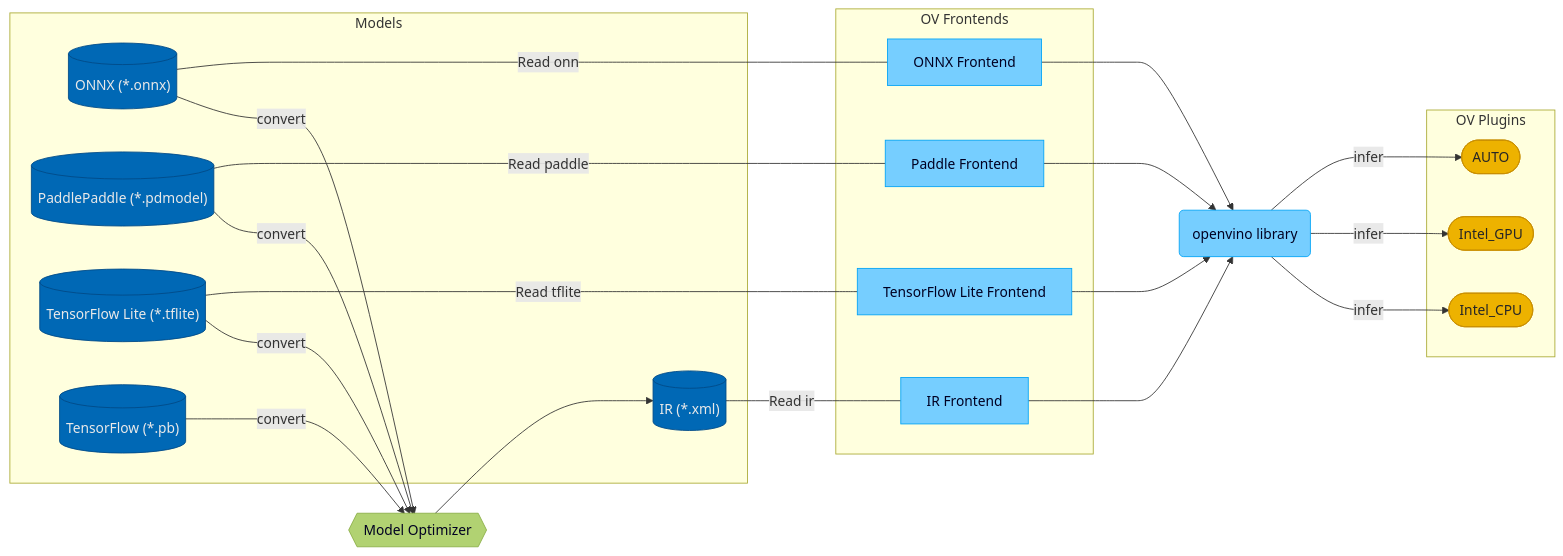
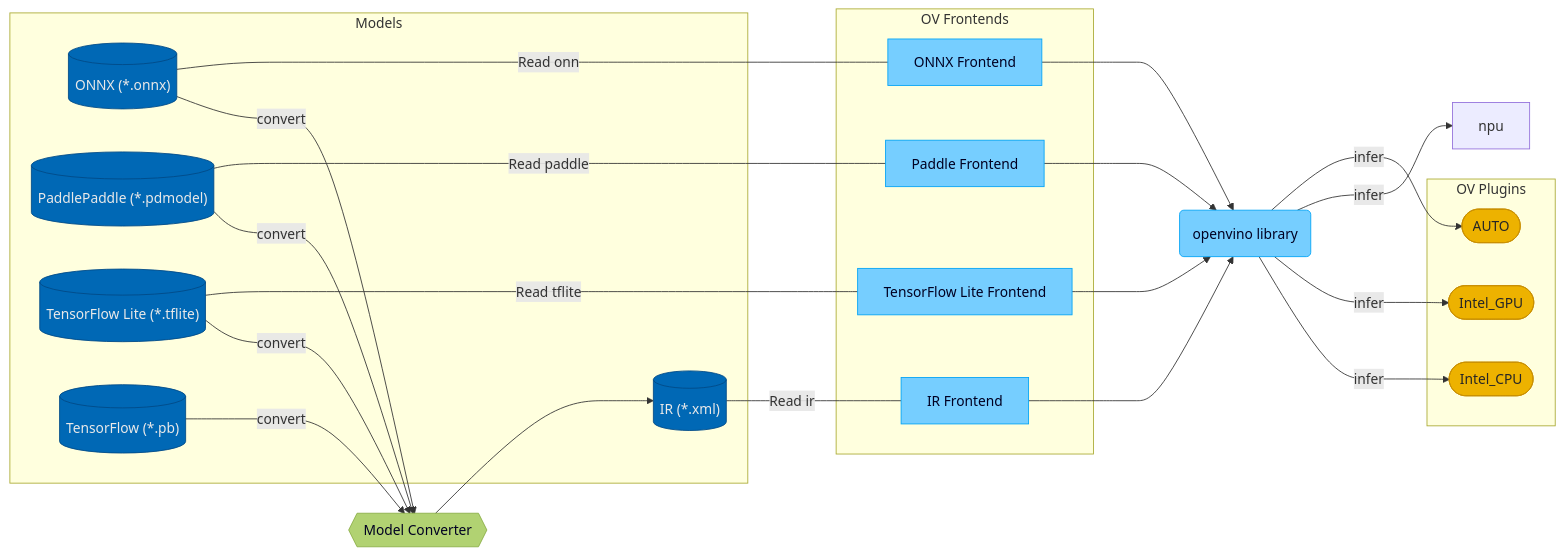
The diagram in docs/dev/index.md (openvinotoolkit/openvino), drawn with Mermaid before and after one commit. The commit also changed other lines of this file and 3 other files, not shown here.

````diff
--- a/docs/dev/index.md
+++ b/docs/dev/index.md
@@ -7,55 +7,56 @@
 ```mermaid
 flowchart LR
     subgraph models [Models]
         ir[("IR (*.xml)")]
         onnx[("ONNX (*.onnx)")]
         paddle[("PaddlePaddle (*.pdmodel)")]
         tflite[("TensorFlow Lite (*.tflite)")]
         tf[("TensorFlow (*.pb)")]
         classDef blue3 fill:#0068B5, stroke: #004A86, color: #E9E9E9
         class ir,onnx,paddle,tflite,tf blue3
-       
+
         click onnx "https://github.com/onnx/onnx"
     end
-    
-    mo{{Model Optimizer}}
+
+    mo{{Model Converter}}
     classDef mos fill:#B1D272, stroke: #8BAE46, color: #000022
     class mo mos
-    
+
     onnx--convert--->mo
     paddle--convert--->mo
     tflite--convert--->mo
     tf--convert--->mo
     mo--->ir
-    
+
     subgraph plugins [OV Plugins]
         auto(["AUTO"])
         cpu(["Intel_CPU"])
         gpu(["Intel_GPU"])
         classDef daisy3 fill:#EDB200, stroke: #C98F00, color: #262626
         class auto,cpu,gpu daisy3
     end
     subgraph frontends [OV Frontends]
         ir_fe["IR Frontend"]
         onnx_fe["ONNX Frontend"]
         tflite_fe["TensorFlow Lite Frontend"]
         paddle_fe["Paddle Frontend"]
         classDef blue1 fill:#76CEFF, stroke: #00A3F6, color: #000022
         class ir_fe,onnx_fe,tflite_fe,paddle_fe blue1
     end
     openvino(openvino library)
     ir--Read ir---ir_fe
     onnx--Read onnx--- onnx_fe
     paddle--Read paddle---paddle_fe
     tflite--Read tflite---tflite_fe
     ir_fe--->openvino
     onnx_fe--->openvino
     paddle_fe--->openvino
     tflite_fe--->openvino
-    
+
     openvino--infer--->cpu
     openvino--infer--->gpu
+    openvino--infer--->npu
     openvino--infer--->auto
     classDef blue1 fill:#76CEFF, stroke: #00A3F6, color: #000022
     class openvino blue1
 ```
````
